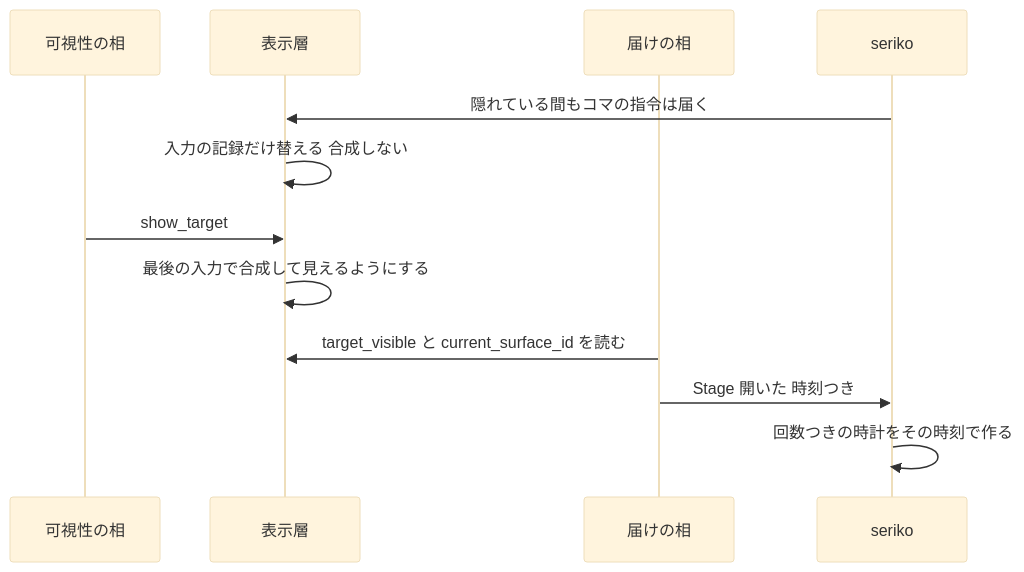
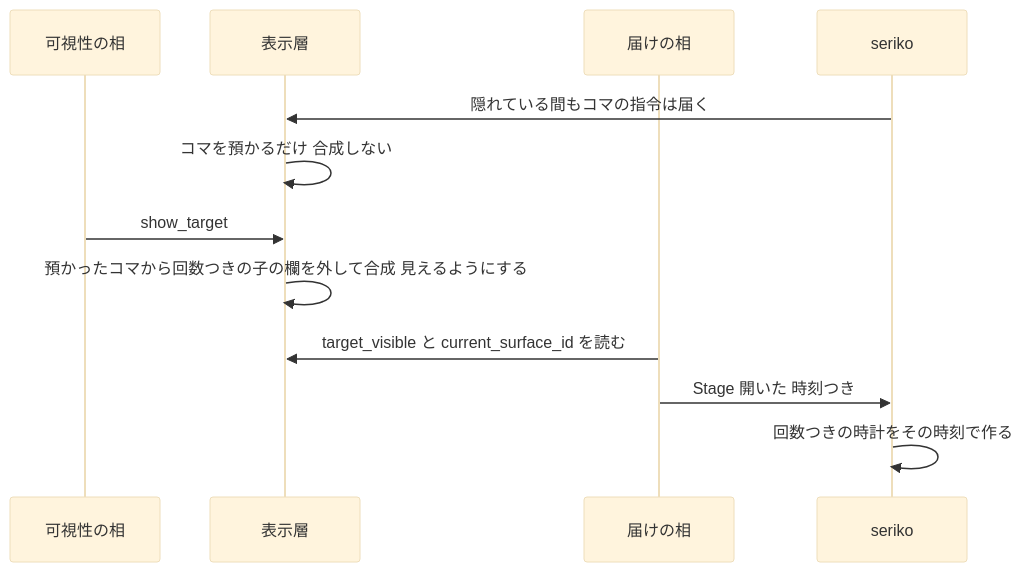
Before and after one commit to ekicyou/areka: the fourth of 4 diagrams in .kiro/specs/areka-P0-animated-image-playback/design.md, drawn with Mermaid (base theme). The commit also changed other lines of this file and 1 other file, not shown here.

````diff
--- a/.kiro/specs/areka-P0-animated-image-playback/design.md
+++ b/.kiro/specs/areka-P0-animated-image-playback/design.md
@@ -331,14 +340,14 @@
 ```mermaid
 sequenceDiagram
     participant Vis as 可視性の相
     participant Pres as 表示層
     participant Rep as 届けの相
     participant Ser as seriko
     Ser->>Pres: 隠れている間もコマの指令は届く
-    Pres->>Pres: 入力の記録だけ替える 合成しない
+    Pres->>Pres: コマを預かるだけ 合成しない
     Vis->>Pres: show_target
-    Pres->>Pres: 最後の入力で合成して見えるようにする
+    Pres->>Pres: 預かったコマから回数つきの子の欄を外して合成 見えるようにする
     Rep->>Pres: target_visible と current_surface_id を読む
     Rep->>Ser: Stage 開いた 時刻つき
     Ser->>Ser: 回数つきの時計をその時刻で作る
 ```
````
